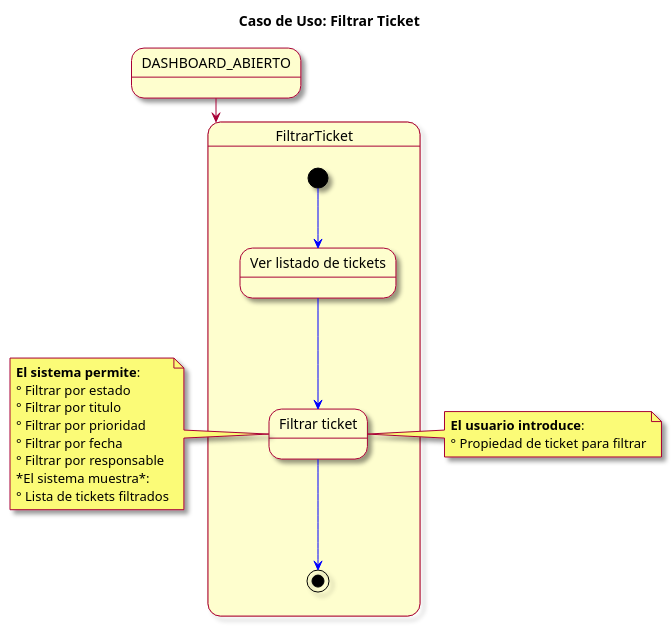
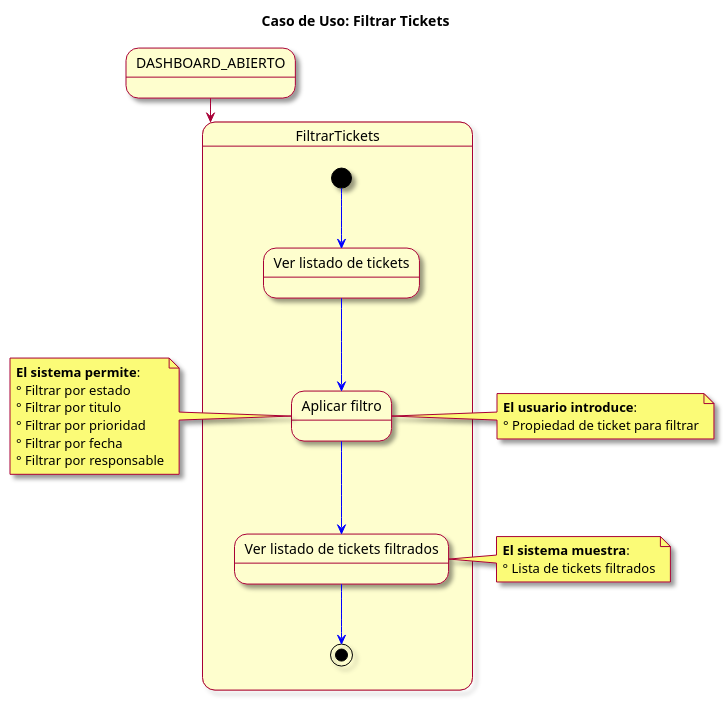
The diagram in modelosUML/CasosDeUsos/CasosDetallados/FiltrarTicket.puml (mmasias/23-24-IdSw1-SDR), drawn with PlantUML before and after one commit. The commit also changed 8 other files, not shown here.

```diff
--- a/modelosUML/CasosDeUsos/CasosDetallados/FiltrarTicket.puml
+++ b/modelosUML/CasosDeUsos/CasosDetallados/FiltrarTicket.puml
@@ -1,34 +1,39 @@
  @startuml
 skin rose
-title Caso de Uso: Filtrar Ticket
+title Caso de Uso: Filtrar Tickets
 
 state DASHBOARD_ABIERTO
-DASHBOARD_ABIERTO --> FiltrarTicket
+DASHBOARD_ABIERTO --> FiltrarTickets
 
-state FiltrarTicket {
+state FiltrarTickets {
 
   [*] -[#blue]-> verlistadoTickets
   state "Ver listado de tickets" as verlistadoTickets
   verlistadoTickets -[#blue]-> confirmarFiltrado
-  state "Filtrar ticket" as confirmarFiltrado
-  confirmarFiltrado -[#blue]-> [*]
+  state "Aplicar filtro" as confirmarFiltrado
+  confirmarFiltrado -[#blue]-> listadoFiltrado
+  state "Ver listado de tickets filtrados" as listadoFiltrado
+  listadoFiltrado -[#blue]-> [*]
     
 }
 
 note left of confirmarFiltrado
   **El sistema permite**:
   ° Filtrar por estado
   ° Filtrar por titulo
   ° Filtrar por prioridad
   ° Filtrar por fecha
   ° Filtrar por responsable
-  *El sistema muestra*: 
+end note
+
+note left of listadoFiltrado
+  **El sistema muestra**: 
   ° Lista de tickets filtrados
 end note
 
 note right of confirmarFiltrado
   **El usuario introduce**:
   ° Propiedad de ticket para filtrar
 end note
 
 @enduml
```
